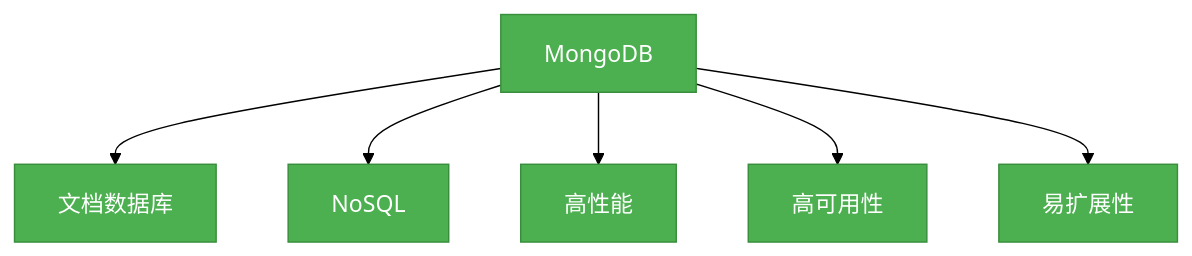
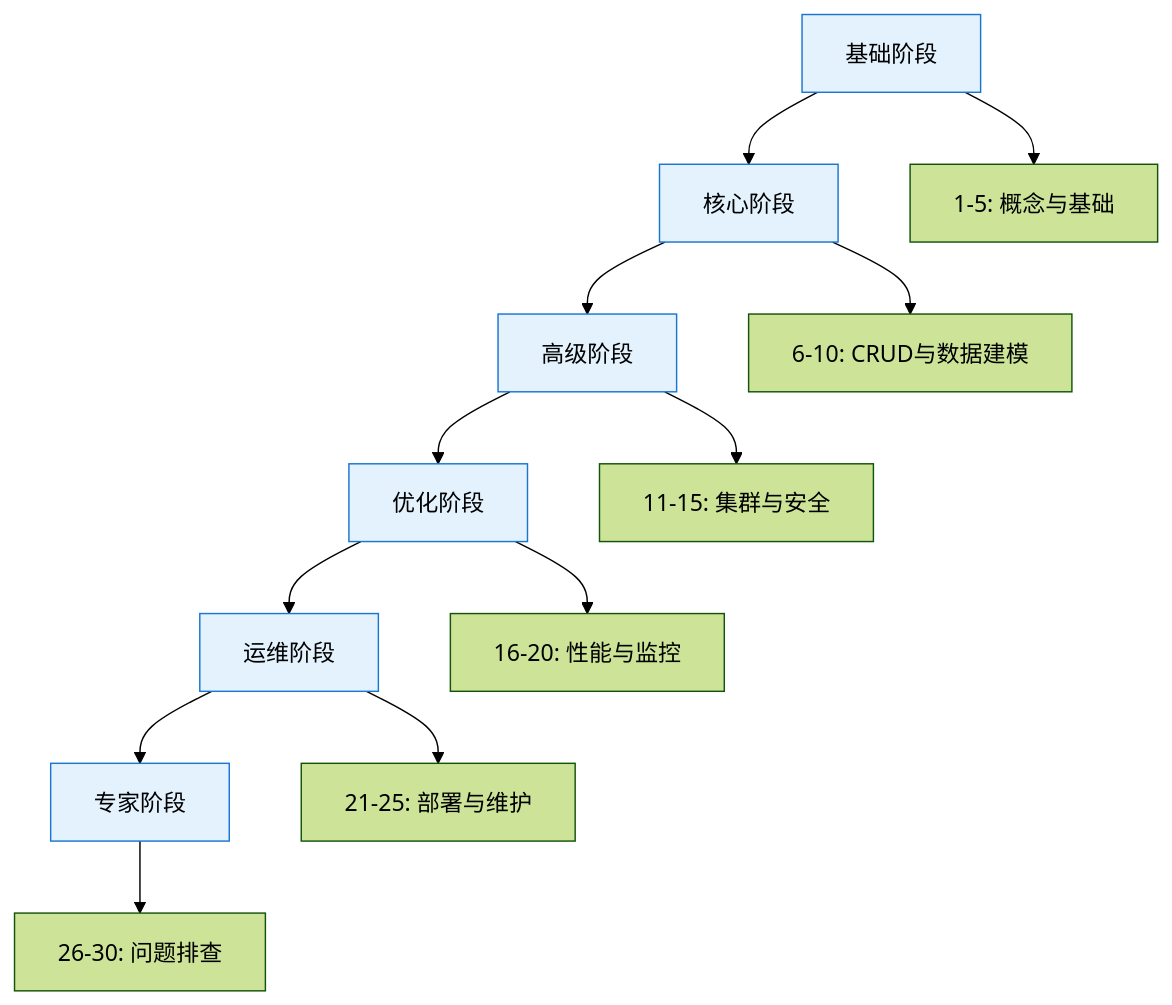
Before and after one commit to lindaifeng/lindaifeng.github.io: the third of 3 diagrams in src/database/Mongo数据库/1.Mongo数据库概述.md, drawn with Mermaid (forest theme). The commit also changed other lines of this file and 34 other files, not shown here.

````diff
--- a/src/database/Mongo数据库/1.Mongo数据库概述.md
+++ b/src/database/Mongo数据库/1.Mongo数据库概述.md
@@ -6,11 +284,18 @@
 ```mermaid
 graph TD
-    A[MongoDB] --> B[文档数据库]
-    A --> C[NoSQL]
-    A --> D[高性能]
-    A --> E[高可用性]
-    A --> F[易扩展性]
-
-    classDef structure fill:#4CAF50,stroke:#388E3C,color:white;
-    class A,B,C,D,E,F structure;
+    A[基础阶段] --> B[核心阶段]
+    B --> C[高级阶段]
+    C --> D[优化阶段]
+    D --> E[运维阶段]
+    E --> F[专家阶段]
+    
+    A --> A1[1-5: 概念与基础]
+    B --> B1[6-10: CRUD与数据建模]
+    C --> C1[11-15: 集群与安全]
+    D --> D1[16-20: 性能与监控]
+    E --> E1[21-25: 部署与维护]
+    F --> F1[26-30: 问题排查]
+    
+    classDef stage fill:#E3F2FD,stroke:#1976D2,color:#000
+    class A,B,C,D,E,F stage
 ```
````
